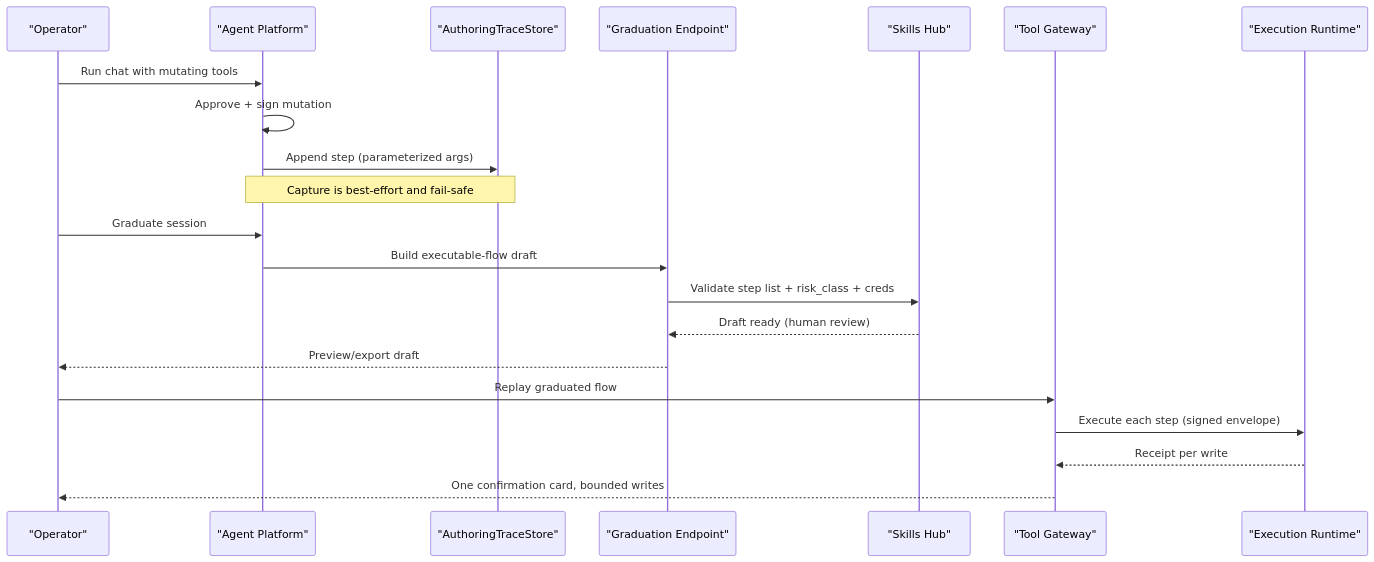
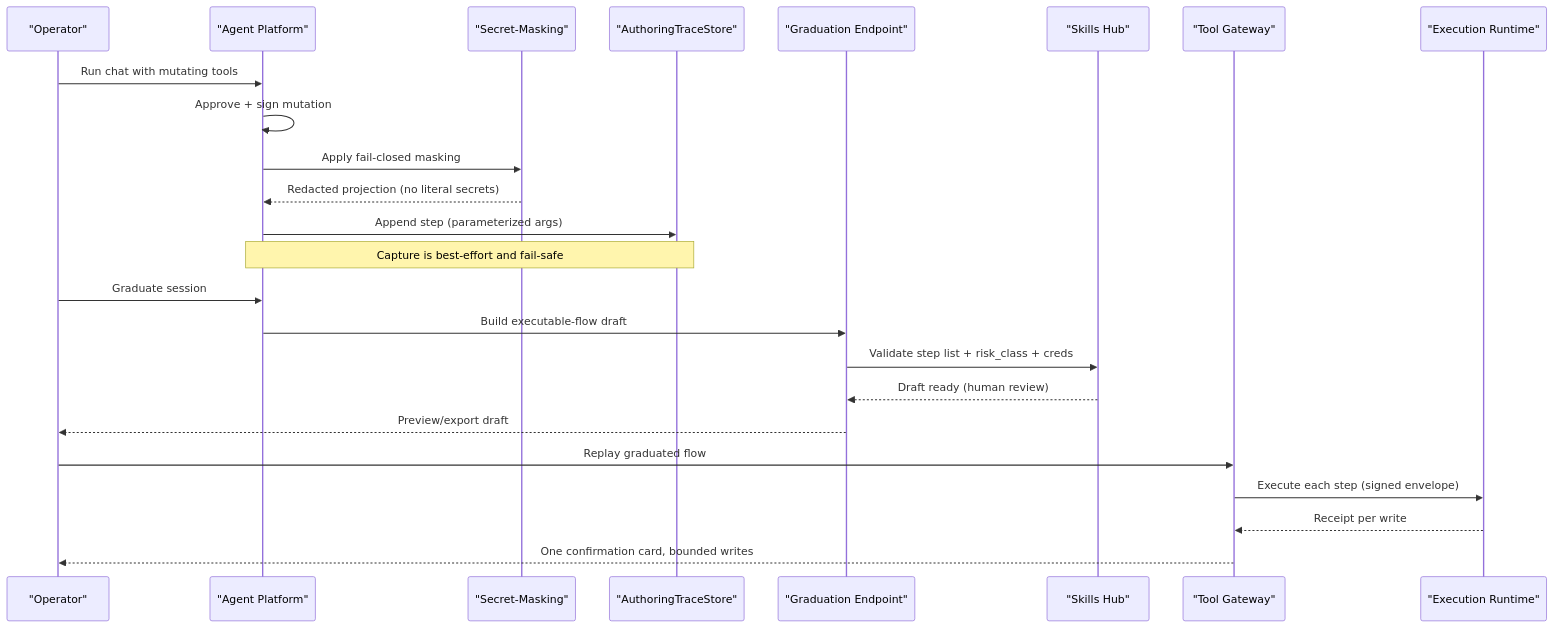
One commit to metasync/luban-aiops changed the second of 9 diagrams in .qoder/repowiki/en/content/Architecture Documentation/SPEC-055_ Develop-as-You-Go Skill Graduation.md. Above: the diagram before and after it, drawn with Mermaid. The commit also changed other lines of this file and 6 other files, not shown here.

````diff
--- a/.qoder/repowiki/en/content/Architecture Documentation/SPEC-055_ Develop-as-You-Go Skill Graduation.md
+++ b/.qoder/repowiki/en/content/Architecture Documentation/SPEC-055_ Develop-as-You-Go Skill Graduation.md
@@ -95,23 +113,26 @@
 ```mermaid
 sequenceDiagram
 participant Operator as "Operator"
 participant Agent as "Agent Platform"
+participant Mask as "Secret-Masking"
 participant Trace as "AuthoringTraceStore"
 participant Grad as "Graduation Endpoint"
 participant Hub as "Skills Hub"
 participant GW as "Tool Gateway"
 participant ER as "Execution Runtime"
 Operator->>Agent : Run chat with mutating tools
 Agent->>Agent : Approve + sign mutation
+Agent->>Mask : Apply fail-closed masking
+Mask-->>Agent : Redacted projection (no literal secrets)
 Agent->>Trace : Append step (parameterized args)
 Note over Agent,Trace : Capture is best-effort and fail-safe
 Operator->>Agent : Graduate session
 Agent->>Grad : Build executable-flow draft
 Grad->>Hub : Validate step list + risk_class + creds
 Hub-->>Grad : Draft ready (human review)
 Grad-->>Operator : Preview/export draft
 Operator->>GW : Replay graduated flow
 GW->>ER : Execute each step (signed envelope)
 ER-->>GW : Receipt per write
 GW-->>Operator : One confirmation card, bounded writes
 ```
````
